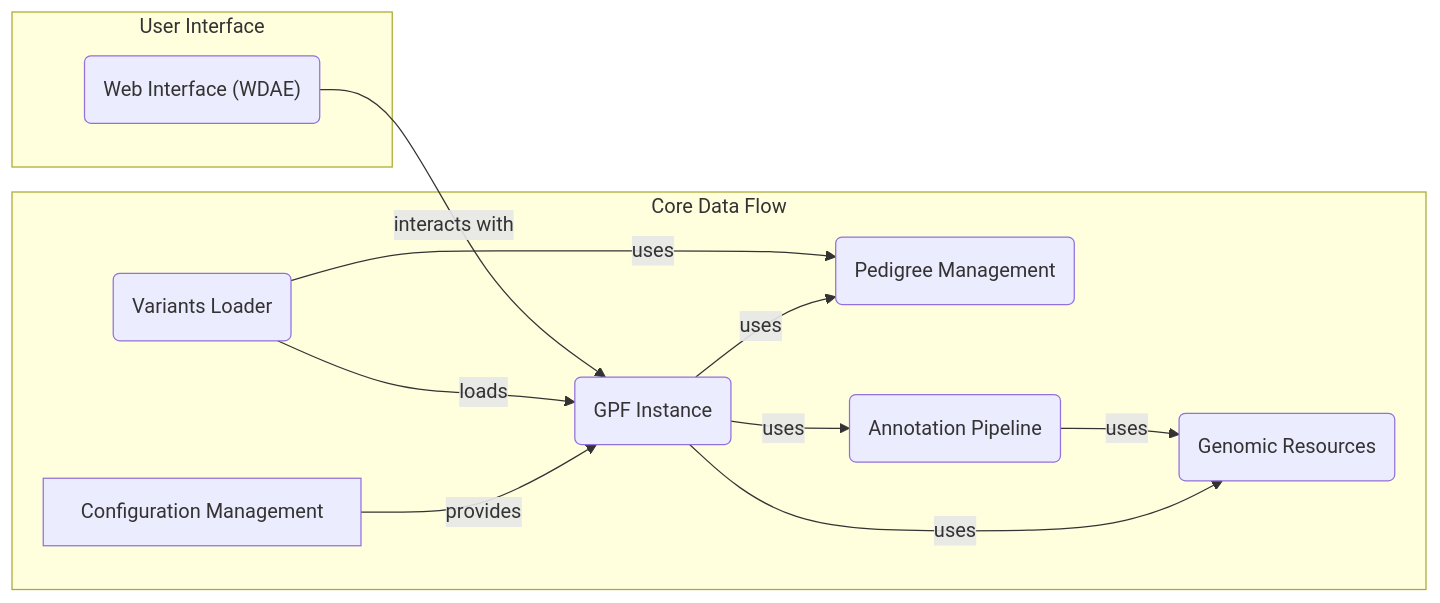
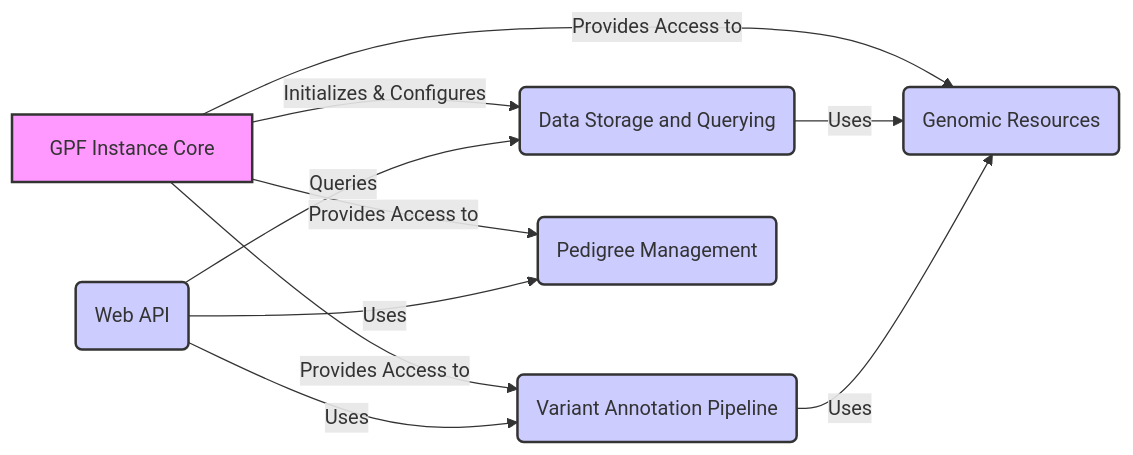
The diagram in gpf/on_boarding.md (CodeBoarding/GeneratedOnBoardings), drawn with Mermaid before and after one commit. The commit also changed other lines of this file and 6 other files, not shown here.

````diff
--- a/gpf/on_boarding.md
+++ b/gpf/on_boarding.md
@@ -9,16 +7,21 @@
 ```mermaid
 graph LR
-    subgraph Core Data Flow
-    A[Configuration Management] -- provides --> B(GPF Instance)
-    B -- uses --> C(Genomic Resources)
-    B -- uses --> D(Pedigree Management)
-    E(Variants Loader) -- loads --> B
-    E -- uses --> D
-    B -- uses --> F(Annotation Pipeline)
-    F -- uses --> C
-    end
+    A[GPF Instance Core] -- Initializes & Configures --> B(Data Storage and Querying)
+    A -- Provides Access to --> C(Genomic Resources)
+    A -- Provides Access to --> D(Variant Annotation Pipeline)
+    A -- Provides Access to --> E(Pedigree Management)
+    B -- Uses --> C
+    D -- Uses --> C
+    F(Web API) -- Queries --> B
+    F -- Uses --> E
+    F -- Uses --> D
+    style A fill:#f9f,stroke:#333,stroke-width:2px
+    style B fill:#ccf,stroke:#333,stroke-width:2px
+    style C fill:#ccf,stroke:#333,stroke-width:2px
+    style D fill:#ccf,stroke:#333,stroke-width:2px
+    style E fill:#ccf,stroke:#333,stroke-width:2px
+    style F fill:#ccf,stroke:#333,stroke-width:2px
 
-    subgraph User Interface
-    G("Web Interface (WDAE)") -- interacts with --> B
-    end
+
+
 ```
````
